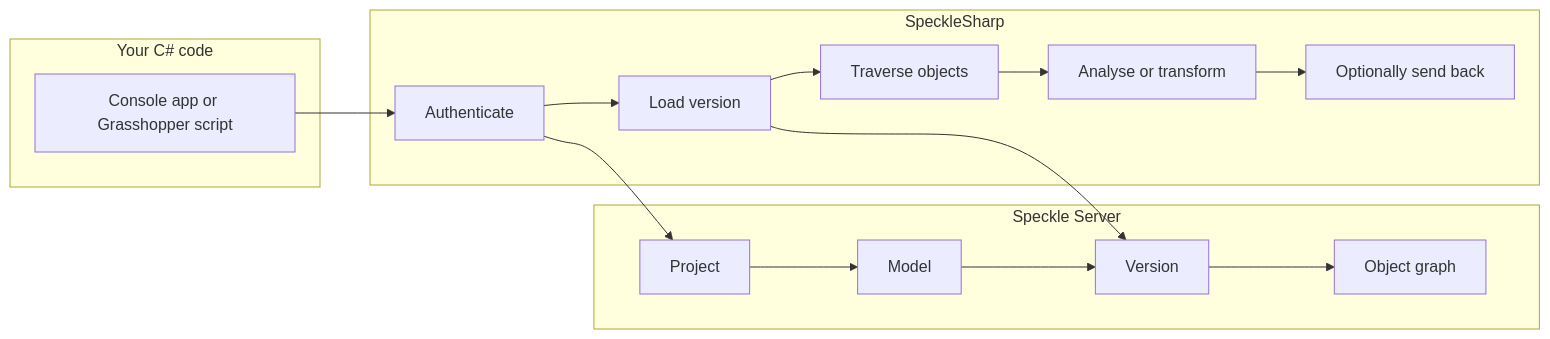
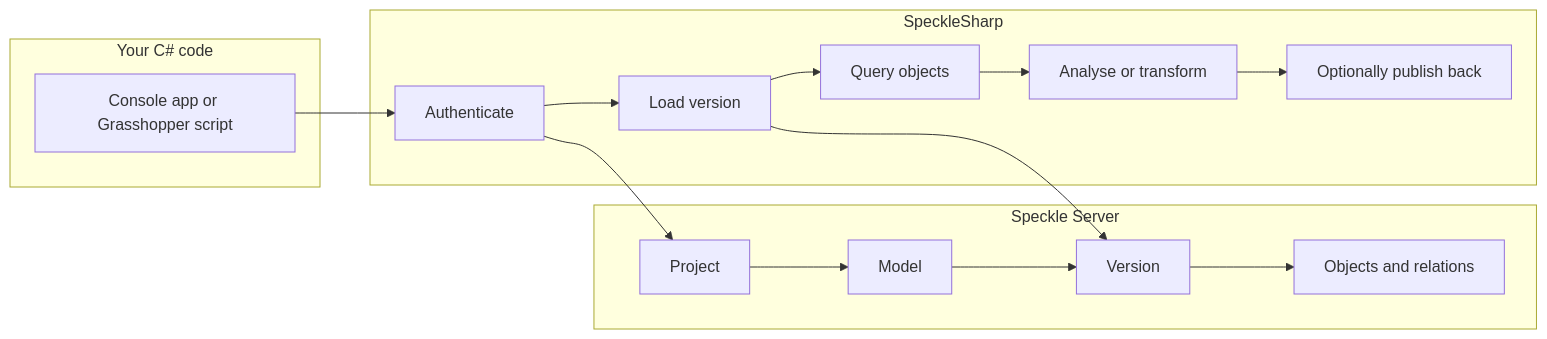
The diagram in developers/sdks/dotnet/concepts/overview.mdx (specklesystems/speckle-docs-NEW), drawn with Mermaid before and after one commit. The commit also changed other lines of this file and 436 other files, not shown here.

````diff
--- a/developers/sdks/dotnet/concepts/overview.mdx
+++ b/developers/sdks/dotnet/concepts/overview.mdx
@@ -28,25 +28,25 @@
 ```mermaid
 flowchart LR
   subgraph yourCode [Your C# code]
     App[Console app or Grasshopper script]
   end
   subgraph sdk [SpeckleSharp]
     Auth[Authenticate]
     Load[Load version]
-    Traverse[Traverse objects]
+    Query[Query objects]
     Analyse[Analyse or transform]
-    SendBack[Optionally send back]
+    SendBack[Optionally publish back]
   end
   subgraph server [Speckle Server]
     Project[Project]
     Model[Model]
     Version[Version]
-    Objects[Object graph]
+    Objects[Objects and relations]
   end
-  App --> Auth --> Load --> Traverse --> Analyse --> SendBack
+  App --> Auth --> Load --> Query --> Analyse --> SendBack
   Auth --> Project
   Load --> Version
   Version --> Objects
   Model --> Version
   Project --> Model
 ```
````
